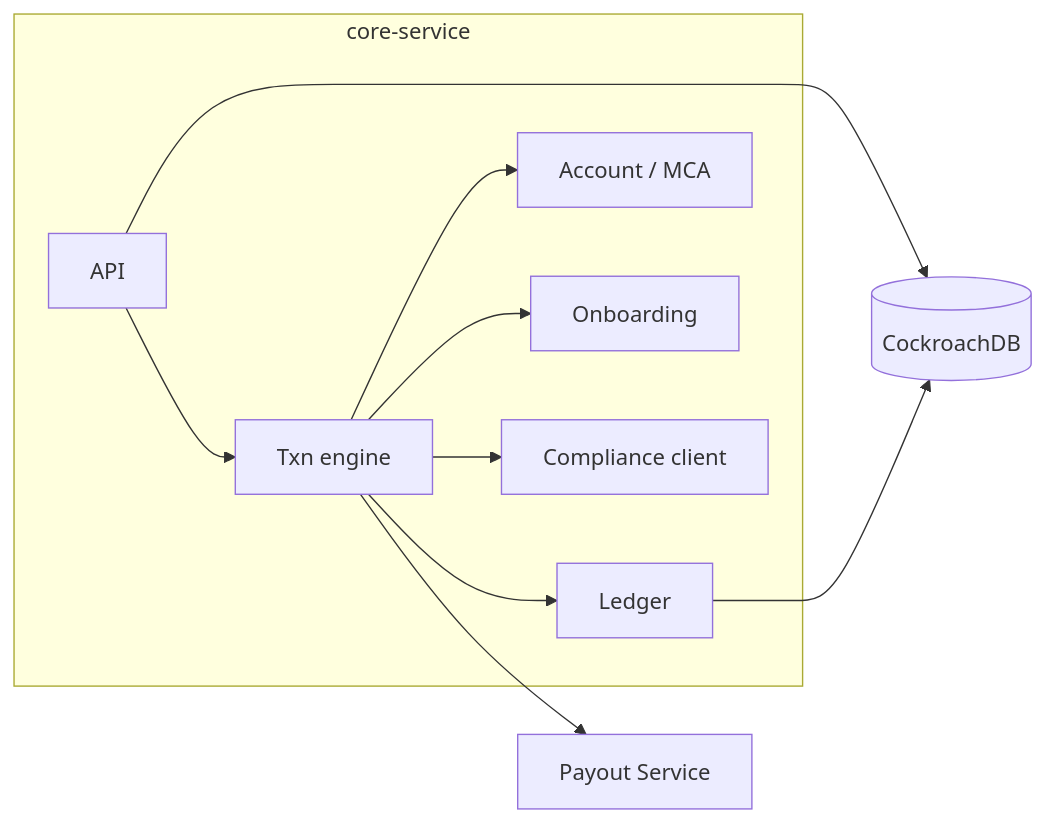
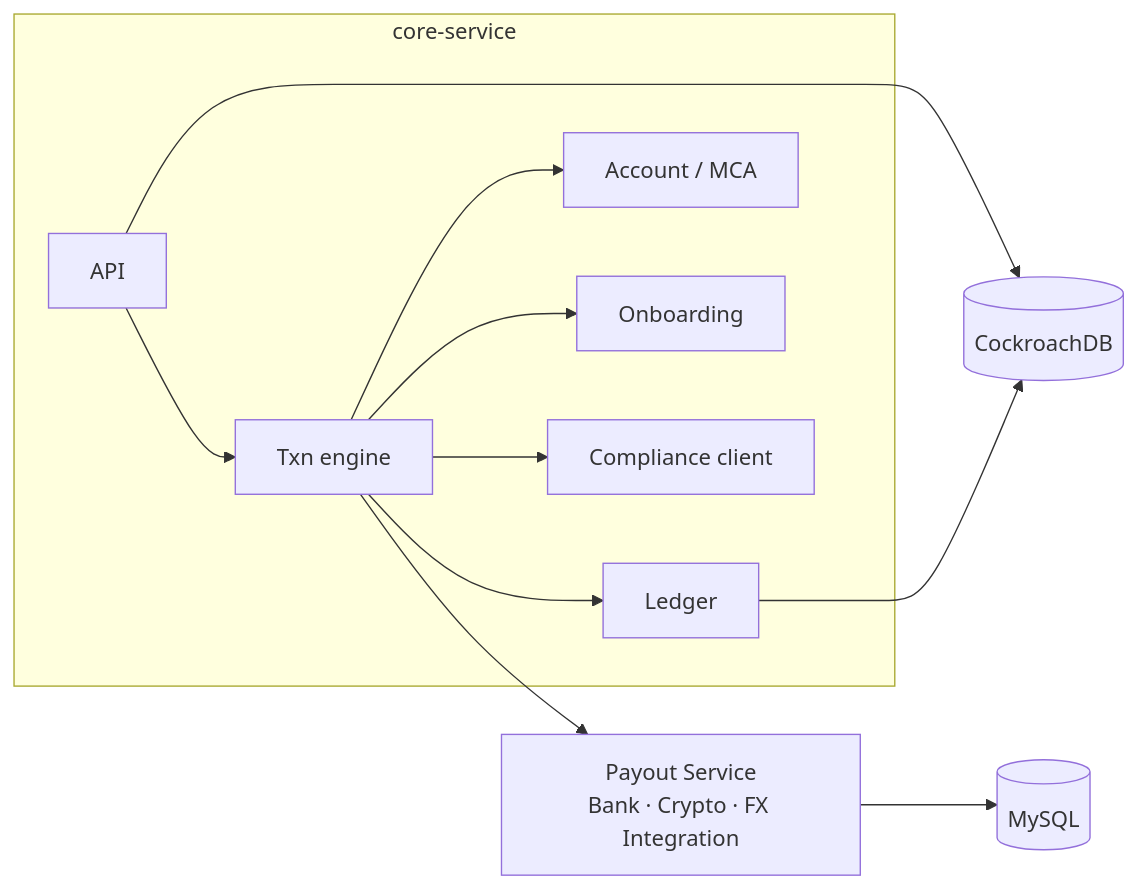
The second of 2 diagrams in README.md (Aibier/Aibier), drawn with Mermaid before and after one commit. The commit also changed other lines of this file, not shown here.

Commit message:
docs: Payout Service only owns MySQL; simplify edges
Payout box: Bank · Crypto · FX Integration; single data edge to MySQL.
Drop reverse webhook edges and Core↔Payout clutter on the main diagram.

````diff
--- a/README.md
+++ b/README.md
@@ -169,21 +166,23 @@
 ```mermaid
 flowchart LR
   subgraph Core["core-service"]
     API["API"]
     TXN["Txn engine"]
     LED["Ledger"]
     ACC["Account / MCA"]
     ONB["Onboarding"]
     CMP["Compliance client"]
     API --> TXN
     TXN --> LED
     TXN --> ACC
     TXN --> ONB
     TXN --> CMP
   end
   CRDB[("CockroachDB")]
-  PAY["Payout Service"]
+  PAY["Payout Service<br/>Bank · Crypto · FX Integration"]
+  MY[("MySQL")]
   API --> CRDB
   LED --> CRDB
   TXN --> PAY
+  PAY --> MY
 ```
````
